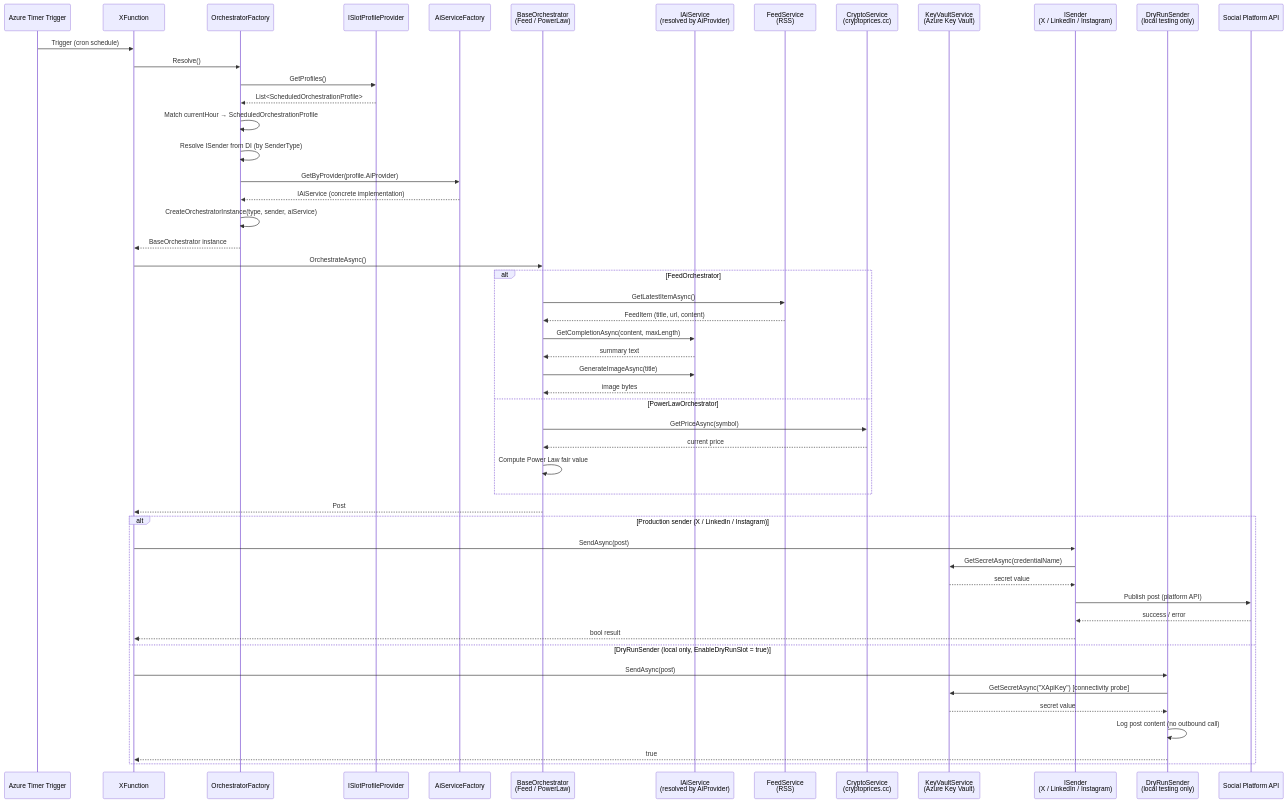
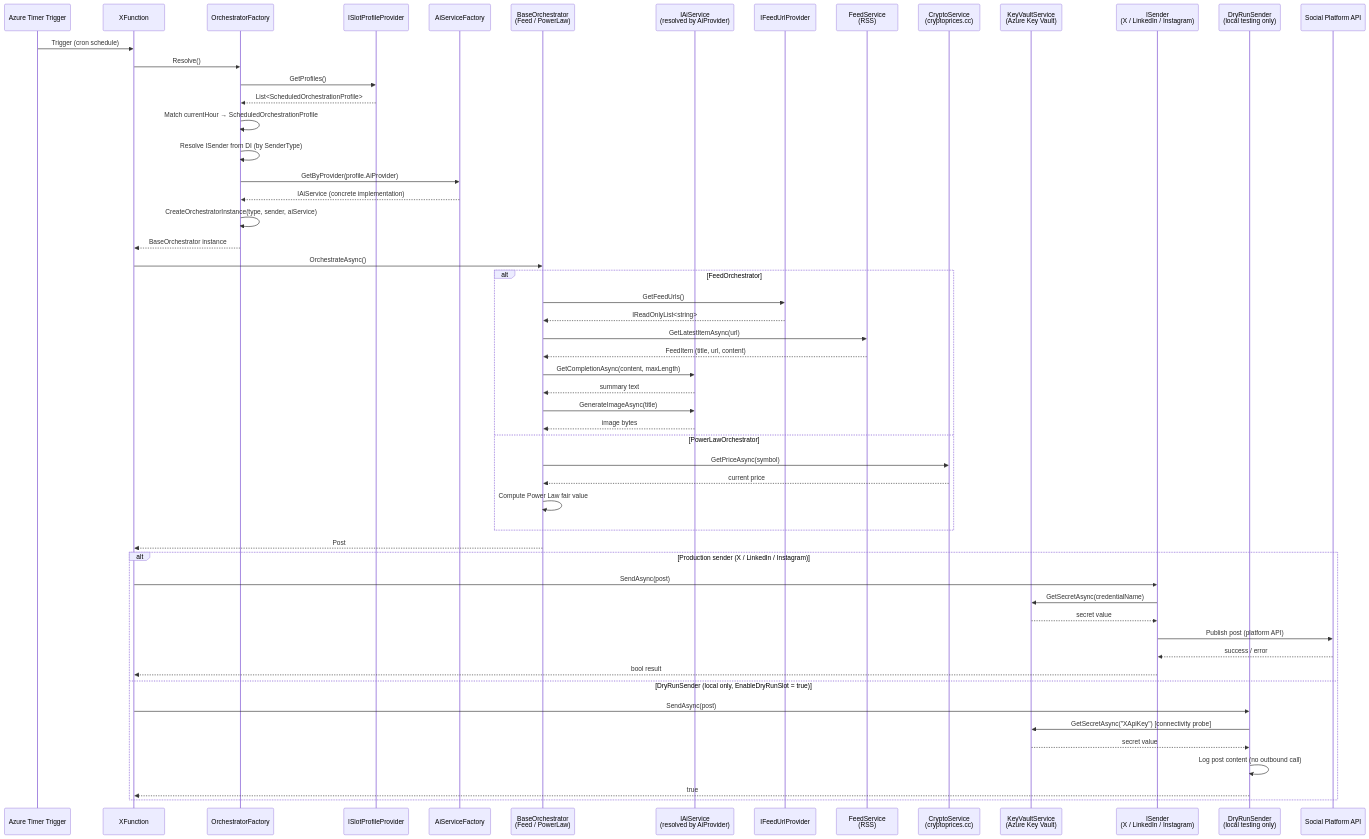
One commit to artcava/XPoster changed the diagram in docs/architecture.md. Above: the diagram before and after it, drawn with Mermaid. The commit also changed other lines of this file, not shown here.

Commit message:
docs: update architecture.md for IFeedUrlProvider (#185)

````diff
--- a/docs/architecture.md
+++ b/docs/architecture.md
@@ -222,59 +224,62 @@
 ```mermaid
 sequenceDiagram
     participant Timer as Azure Timer Trigger
     participant Fn as XFunction
     participant Factory as OrchestratorFactory
     participant ProfileProvider as ISlotProfileProvider
     participant AiFactory as AiServiceFactory
     participant Orch as BaseOrchestrator<br/>(Feed / PowerLaw)
     participant AI as IAiService<br/>(resolved by AiProvider)
+    participant FeedUrl as IFeedUrlProvider
     participant Feed as FeedService<br/>(RSS)
     participant Crypto as CryptoService<br/>(cryptoprices.cc)
     participant KV as KeyVaultService<br/>(Azure Key Vault)
     participant Sender as ISender<br/>(X / LinkedIn / Instagram)
     participant DryRun as DryRunSender<br/>(local testing only)
     participant Platform as Social Platform API
 
     Timer->>Fn: Trigger (cron schedule)
     Fn->>Factory: Resolve()
     Factory->>ProfileProvider: GetProfiles()
     ProfileProvider-->>Factory: List<ScheduledOrchestrationProfile>
     Factory->>Factory: Match currentHour → ScheduledOrchestrationProfile
     Factory->>Factory: Resolve ISender from DI (by SenderType)
     Factory->>AiFactory: GetByProvider(profile.AiProvider)
     AiFactory-->>Factory: IAiService (concrete implementation)
     Factory->>Factory: CreateOrchestratorInstance(type, sender, aiService)
     Factory-->>Fn: BaseOrchestrator instance
 
     Fn->>Orch: OrchestrateAsync()
 
     alt FeedOrchestrator
-        Orch->>Feed: GetLatestItemAsync()
+        Orch->>FeedUrl: GetFeedUrls()
+        FeedUrl-->>Orch: IReadOnlyList<string>
+        Orch->>Feed: GetLatestItemAsync(url)
         Feed-->>Orch: FeedItem (title, url, content)
         Orch->>AI: GetCompletionAsync(content, maxLength)
         AI-->>Orch: summary text
         Orch->>AI: GenerateImageAsync(title)
         AI-->>Orch: image bytes
     else PowerLawOrchestrator
         Orch->>Crypto: GetPriceAsync(symbol)
         Crypto-->>Orch: current price
         Orch->>Orch: Compute Power Law fair value
     end
 
     Orch-->>Fn: Post
 
     alt Production sender (X / LinkedIn / Instagram)
         Fn->>Sender: SendAsync(post)
         Sender->>KV: GetSecretAsync(credentialName)
         KV-->>Sender: secret value
         Sender->>Platform: Publish post (platform API)
         Platform-->>Sender: success / error
         Sender-->>Fn: bool result
     else DryRunSender (local only, EnableDryRunSlot = true)
         Fn->>DryRun: SendAsync(post)
         DryRun->>KV: GetSecretAsync("XApiKey") [connectivity probe]
         KV-->>DryRun: secret value
         DryRun->>DryRun: Log post content (no outbound call)
         DryRun-->>Fn: true
     end
 ```
````
